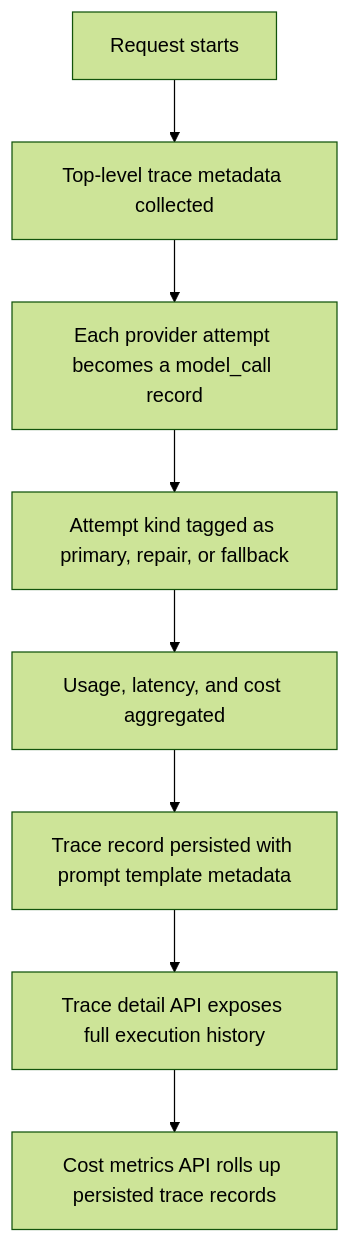
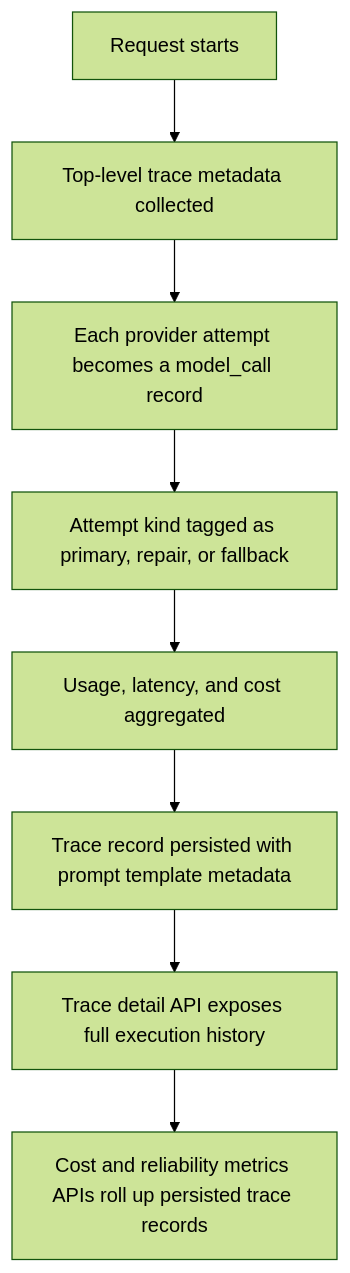
Before and after one commit to ashutosh-rath02/llm-gateway: the third of 4 diagrams in README.md, drawn with Mermaid (forest theme). The commit also changed other lines of this file and 5 other files, not shown here.

Commit message:
Add reliability metrics endpoint and update related documentation

````diff
--- a/README.md
+++ b/README.md
@@ -121,10 +133,10 @@
 ```mermaid
 flowchart TD
     A[Request starts] --> B[Top-level trace metadata collected]
     B --> C[Each provider attempt becomes a model_call record]
     C --> D[Attempt kind tagged as primary, repair, or fallback]
     D --> E[Usage, latency, and cost aggregated]
     E --> F[Trace record persisted with prompt template metadata]
     F --> G[Trace detail API exposes full execution history]
-    G --> H[Cost metrics API rolls up persisted trace records]
+    G --> H[Cost and reliability metrics APIs roll up persisted trace records]
 ```
````
